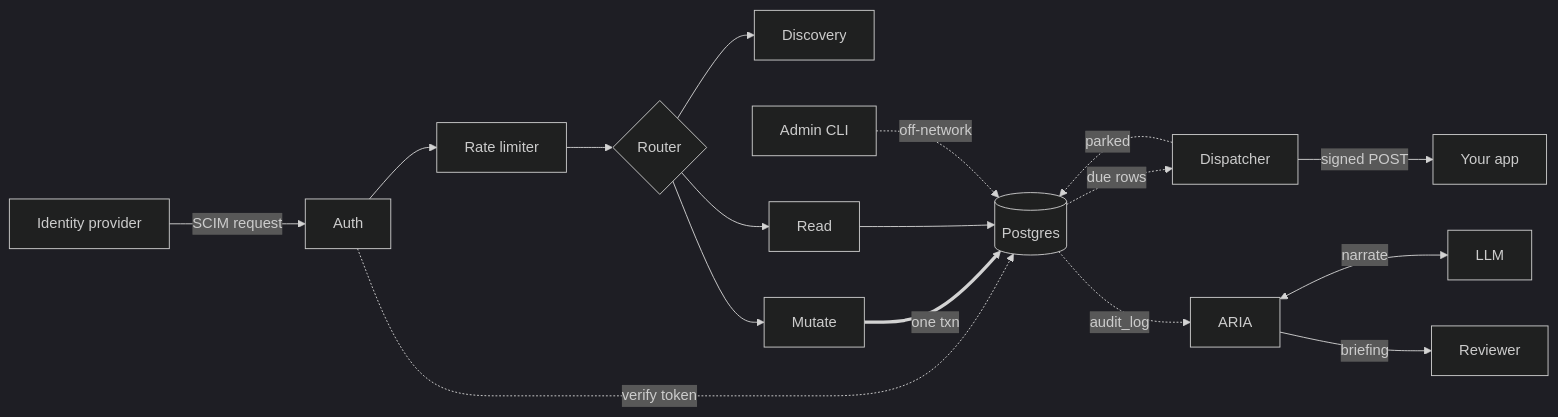
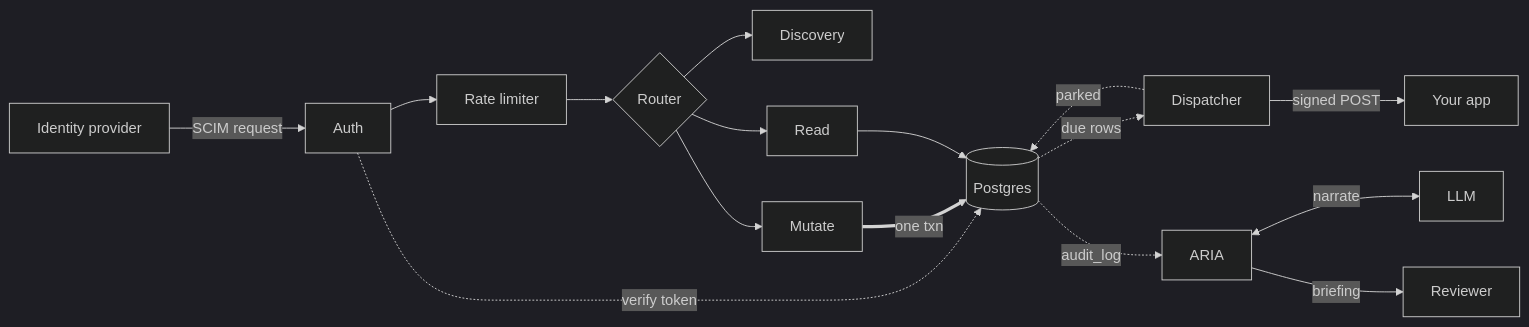
One commit to meghamahna/SCIMage changed the diagram in README.md. Above: the diagram before and after it, drawn with Mermaid (dark theme).

Commit message:
docs: drop Admin CLI node from architecture diagram
Not worth showing in the request-path overview; it's off to the side
of the flow the diagram is actually illustrating.

````diff
--- a/README.md
+++ b/README.md
@@ -88,22 +88,20 @@
 ```mermaid
 flowchart LR
     IDP["Identity provider"] -->|"SCIM request"| AUTH["Auth"]
     AUTH -.->|"verify token"| DB[("Postgres")]
     AUTH --> RL["Rate limiter"]
     RL --> ROUTER{"Router"}
     ROUTER --> DISCOVERY["Discovery"]
     ROUTER --> MUTATE["Mutate"]
     ROUTER --> READ["Read"]
     MUTATE ==>|"one txn"| DB
     READ --> DB
 
     DB -.->|"due rows"| DISPATCH["Dispatcher"]
     DISPATCH -->|"signed POST"| APP["Your app"]
     DISPATCH -.->|"parked"| DB
 
-    ADMIN["Admin CLI"] -.->|"off-network"| DB
-
     DB -.->|"audit_log"| ARIA["ARIA"]
     ARIA <-->|"narrate"| LLM["LLM"]
     ARIA -->|"briefing"| HUMAN["Reviewer"]
 ```
````
